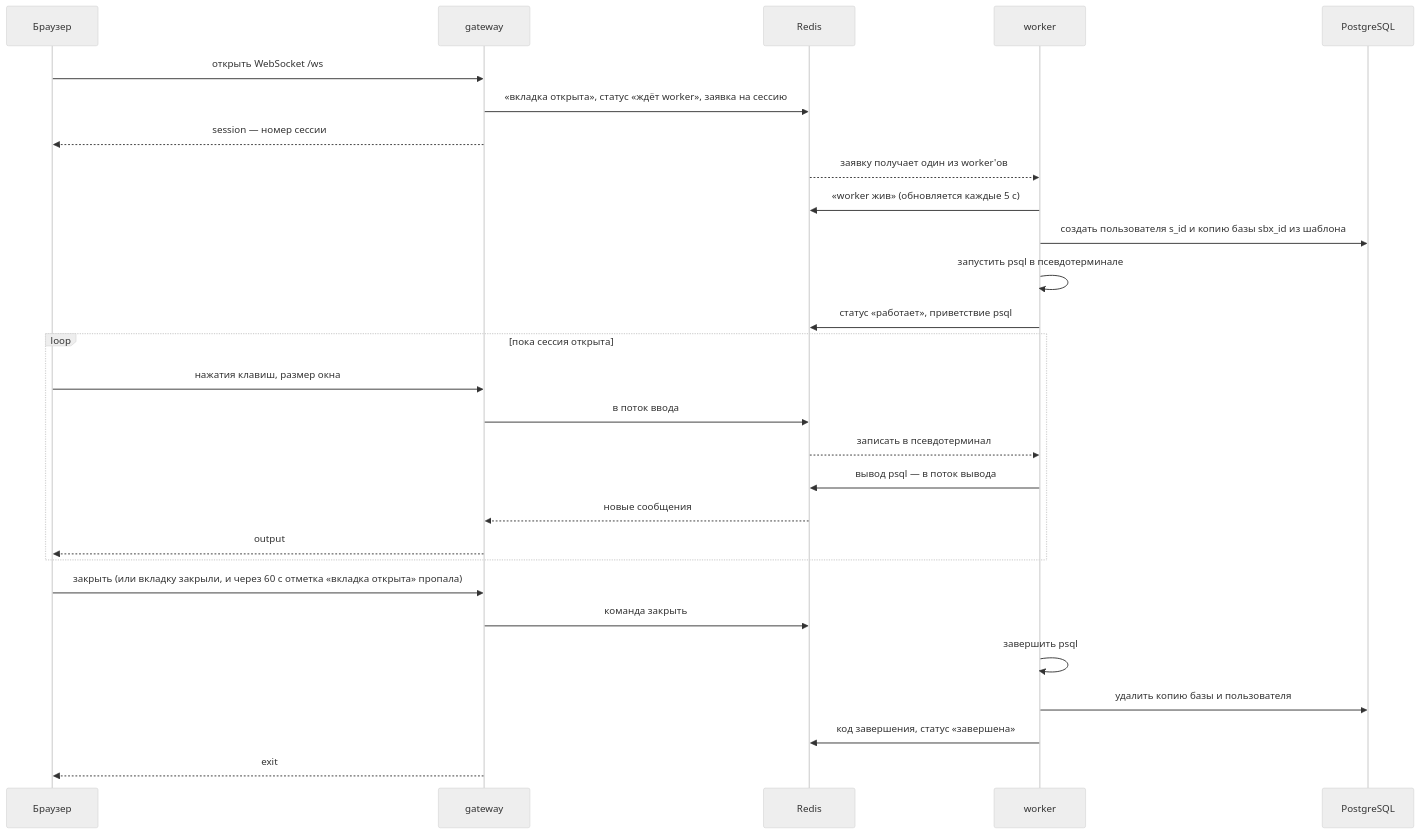
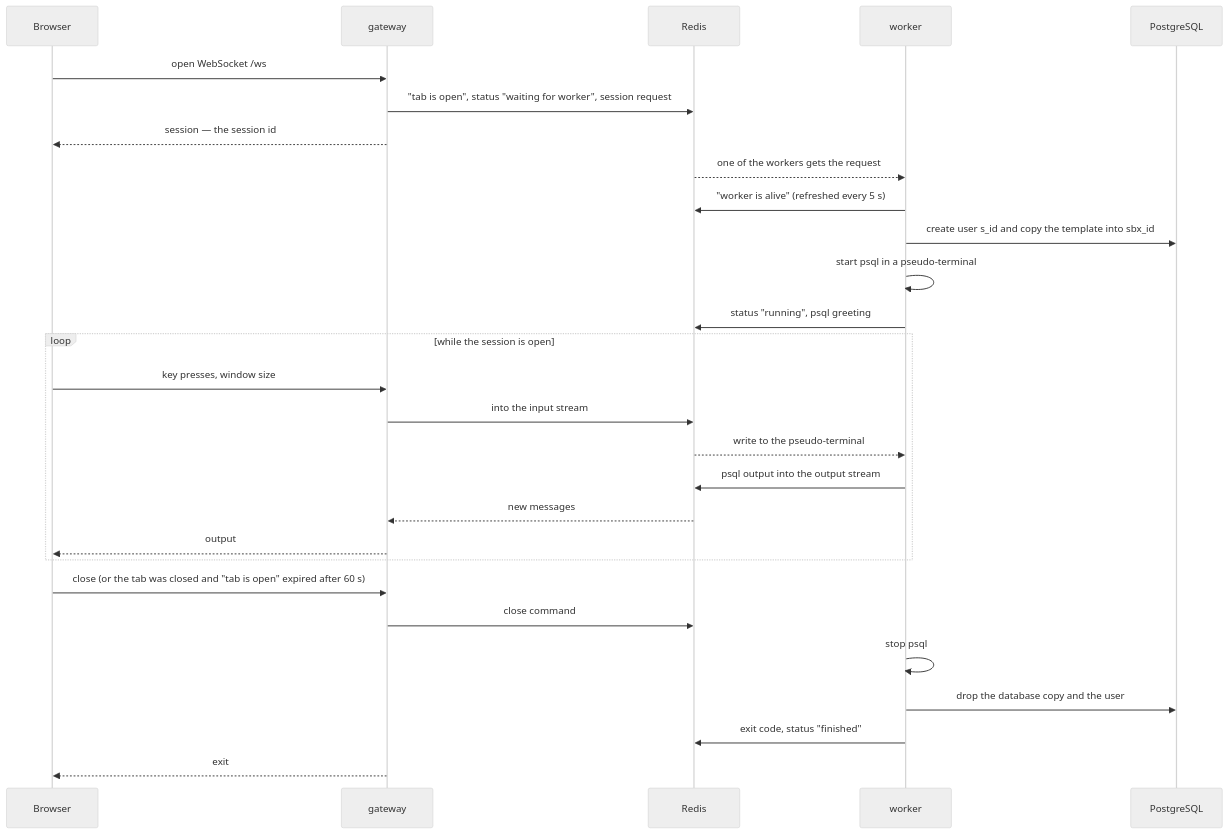
The second of 2 diagrams in docs/architecture.md (ZhdankovAlex/web-psql), drawn with Mermaid (neutral theme) before and after one commit. The commit also changed other lines of this file and 37 other files, not shown here.

````diff
--- a/docs/architecture.md
+++ b/docs/architecture.md
@@ -45,31 +45,31 @@
 ```mermaid
 sequenceDiagram
-    participant B as Браузер
+    participant B as Browser
     participant G as gateway
     participant R as Redis
     participant W as worker
     participant PG as PostgreSQL
 
-    B->>G: открыть WebSocket /ws
-    G->>R: «вкладка открыта», статус «ждёт worker», заявка на сессию
-    G-->>B: session — номер сессии
-    R-->>W: заявку получает один из worker'ов
-    W->>R: «worker жив» (обновляется каждые 5 с)
-    W->>PG: создать пользователя s_id и копию базы sbx_id из шаблона
-    W->>W: запустить psql в псевдотерминале
-    W->>R: статус «работает», приветствие psql
-    loop пока сессия открыта
-        B->>G: нажатия клавиш, размер окна
-        G->>R: в поток ввода
-        R-->>W: записать в псевдотерминал
-        W->>R: вывод psql — в поток вывода
-        R-->>G: новые сообщения
+    B->>G: open WebSocket /ws
+    G->>R: "tab is open", status "waiting for worker", session request
+    G-->>B: session — the session id
+    R-->>W: one of the workers gets the request
+    W->>R: "worker is alive" (refreshed every 5 s)
+    W->>PG: create user s_id and copy the template into sbx_id
+    W->>W: start psql in a pseudo-terminal
+    W->>R: status "running", psql greeting
+    loop while the session is open
+        B->>G: key presses, window size
+        G->>R: into the input stream
+        R-->>W: write to the pseudo-terminal
+        W->>R: psql output into the output stream
+        R-->>G: new messages
         G-->>B: output
     end
-    B->>G: закрыть (или вкладку закрыли, и через 60 с отметка «вкладка открыта» пропала)
-    G->>R: команда закрыть
-    W->>W: завершить psql
-    W->>PG: удалить копию базы и пользователя
-    W->>R: код завершения, статус «завершена»
+    B->>G: close (or the tab was closed and "tab is open" expired after 60 s)
+    G->>R: close command
+    W->>W: stop psql
+    W->>PG: drop the database copy and the user
+    W->>R: exit code, status "finished"
     G-->>B: exit
 ```
````
